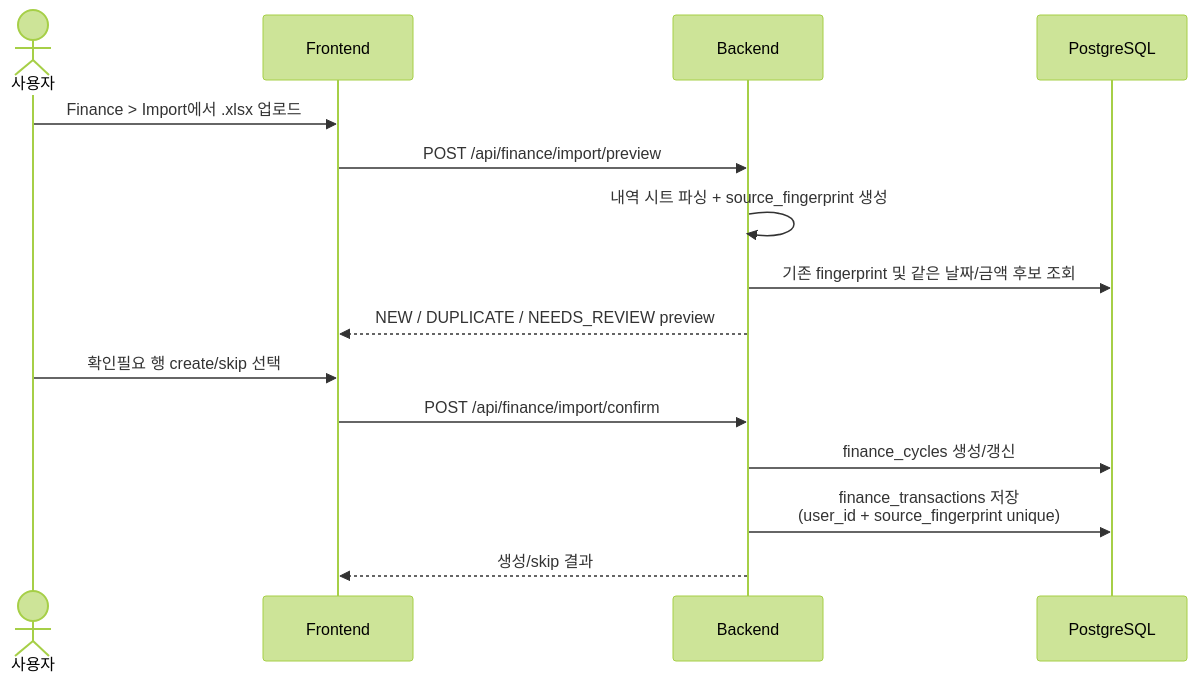
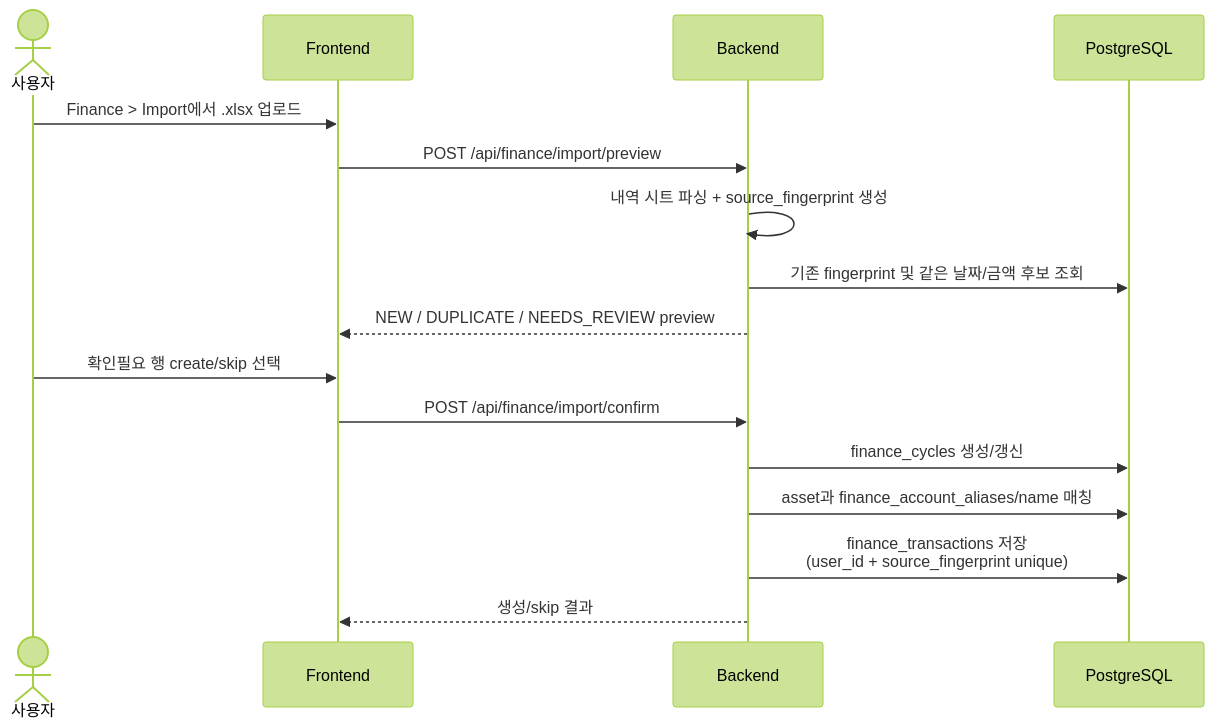
The fifth of 6 diagrams in docs/architecture.md (Hsooooo/personal-insight-os), drawn with Mermaid (forest theme) before and after one commit. The commit also changed other lines of this file and 19 other files, not shown here.

Commit message:
Add finance account mapping

````diff
--- a/docs/architecture.md
+++ b/docs/architecture.md
@@ -234,18 +234,19 @@
 ```mermaid
 sequenceDiagram
     actor U as 사용자
     participant FE as Frontend
     participant BE as Backend
     participant PG as PostgreSQL
 
     U->>FE: Finance > Import에서 .xlsx 업로드
     FE->>BE: POST /api/finance/import/preview
     BE->>BE: 내역 시트 파싱 + source_fingerprint 생성
     BE->>PG: 기존 fingerprint 및 같은 날짜/금액 후보 조회
     BE-->>FE: NEW / DUPLICATE / NEEDS_REVIEW preview
     U->>FE: 확인필요 행 create/skip 선택
     FE->>BE: POST /api/finance/import/confirm
     BE->>PG: finance_cycles 생성/갱신
+    BE->>PG: asset과 finance_account_aliases/name 매칭
     BE->>PG: finance_transactions 저장<br/>(user_id + source_fingerprint unique)
     BE-->>FE: 생성/skip 결과
 ```
````
